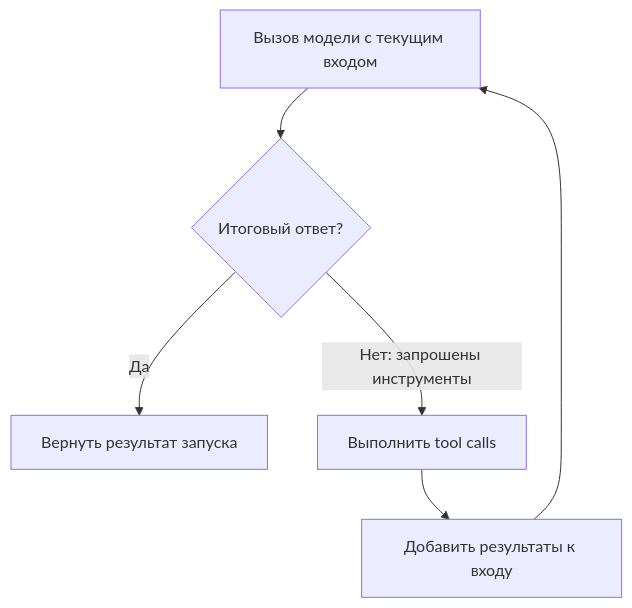
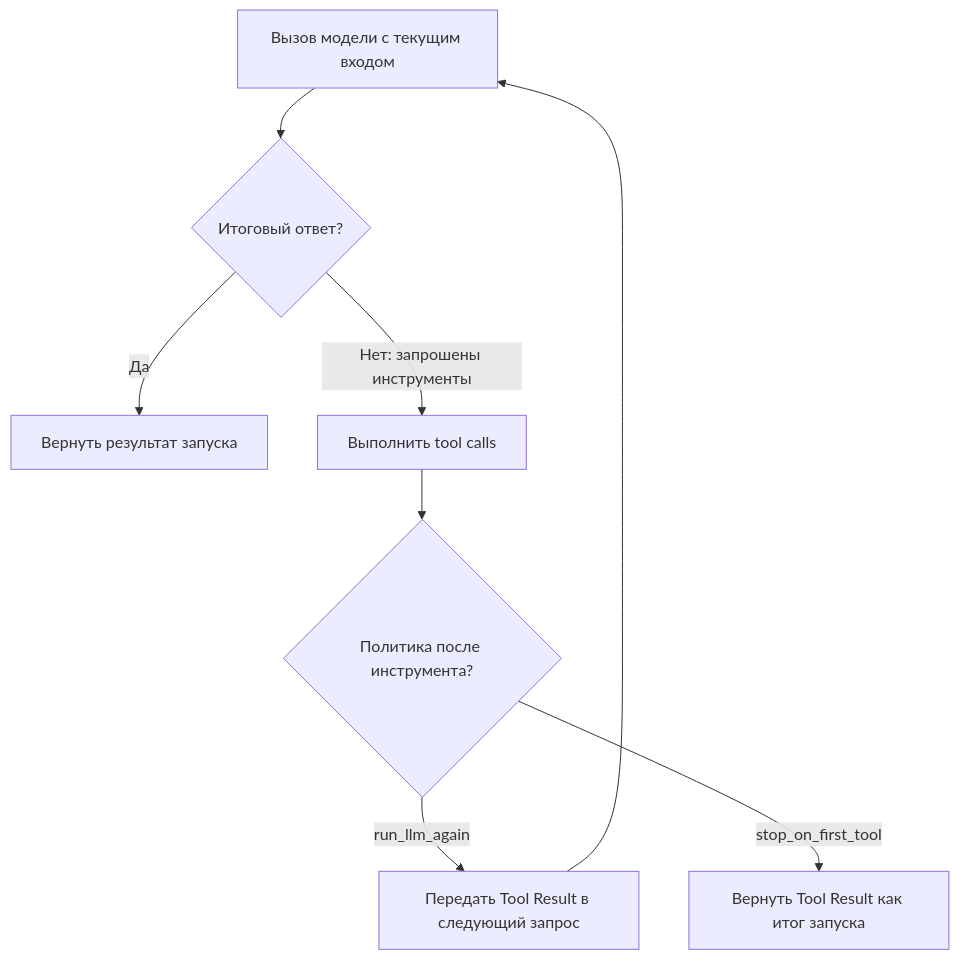
One commit to lehater/knowledge-skeleton-lab changed the diagram in vault/knowledge/entries/openai-agents-sdk-runner.md. Above: the diagram before and after it, drawn with Mermaid. The commit also changed other lines of this file, not shown here.

Commit message:
Clarify conditional Runner flow and add data/transition tables

````diff
--- a/vault/knowledge/entries/openai-agents-sdk-runner.md
+++ b/vault/knowledge/entries/openai-agents-sdk-runner.md
@@ -42,8 +44,10 @@
 ```mermaid
 flowchart TD
     A["Вызов модели с текущим входом"] --> B{"Итоговый ответ?"}
     B -->|Да| C["Вернуть результат запуска"]
     B -->|Нет: запрошены инструменты| D["Выполнить tool calls"]
-    D --> E["Добавить результаты к входу"]
-    E --> A
+    D --> E{"Политика после инструмента?"}
+    E -->|run_llm_again| F["Передать Tool Result в следующий запрос"]
+    F --> A
+    E -->|stop_on_first_tool| G["Вернуть Tool Result как итог запуска"]
 ```
````
